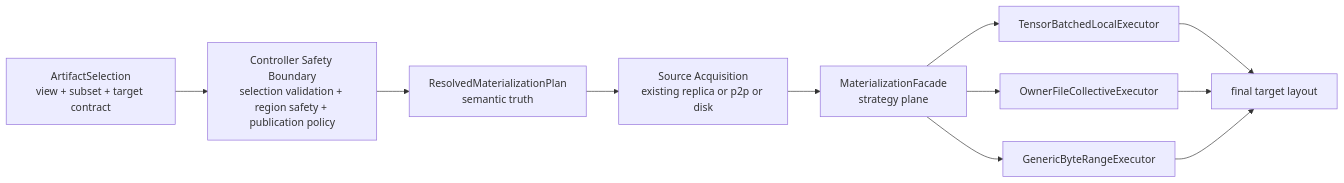
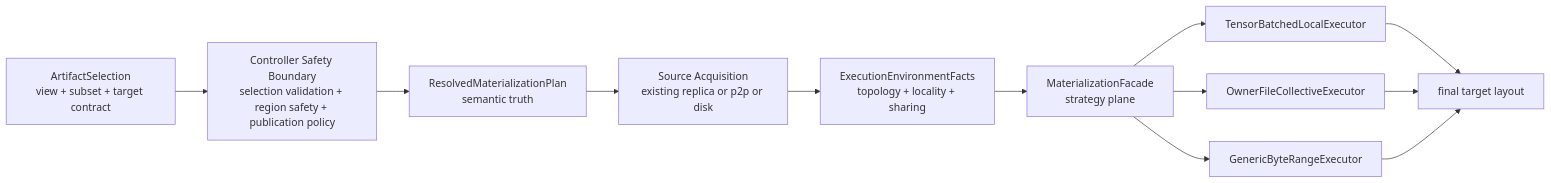
Before and after one commit to tensorcast-ai/tensorcast: the diagram in docs/designs/0108-tensor-aware-materialization-strategy-plane.md, drawn with Mermaid. The commit also changed other lines of this file and 11 other files, not shown here.

````diff
--- a/docs/designs/0108-tensor-aware-materialization-strategy-plane.md
+++ b/docs/designs/0108-tensor-aware-materialization-strategy-plane.md
@@ -126,13 +178,14 @@
 ```mermaid
 flowchart LR
   A["ArtifactSelection<br>view + subset + target contract"] --> B["Controller Safety Boundary<br>selection validation + region safety + publication policy"]
   B --> C["ResolvedMaterializationPlan<br>semantic truth"]
   C --> D["Source Acquisition<br>existing replica or p2p or disk"]
-  D --> E["MaterializationFacade<br>strategy plane"]
-  E --> F["TensorBatchedLocalExecutor"]
-  E --> G["OwnerFileCollectiveExecutor"]
-  E --> H["GenericByteRangeExecutor"]
-  F --> I["final target layout"]
-  G --> I
-  H --> I
+  D --> E["ExecutionEnvironmentFacts<br>topology + locality + sharing"]
+  E --> F["MaterializationFacade<br>strategy plane"]
+  F --> G["TensorBatchedLocalExecutor"]
+  F --> H["OwnerFileCollectiveExecutor"]
+  F --> I["GenericByteRangeExecutor"]
+  G --> J["final target layout"]
+  H --> J
+  I --> J
 ```
````
